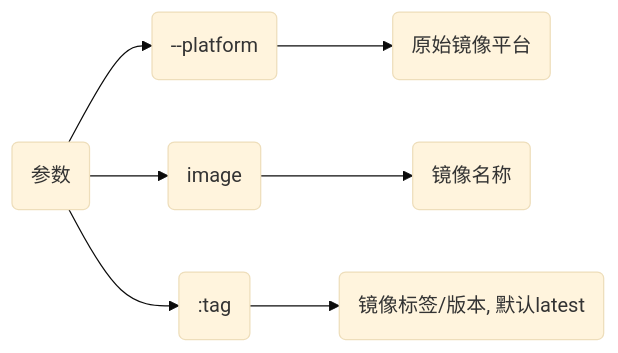
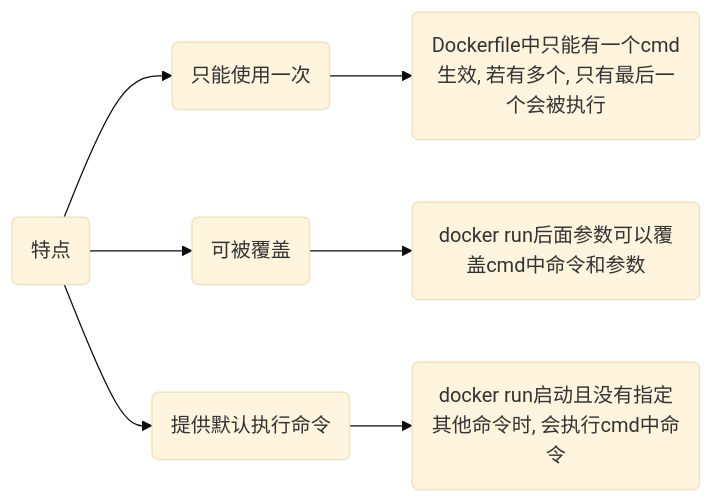
The first of 2 diagrams in _posts/software/docker/2024-11-19-镜像构建.md (dmjcb/dmjcb.github.io), drawn with Mermaid (base theme) before and after one commit. The commit also changed other lines of this file and 11 other files, not shown here.

````diff
--- a/_posts/software/docker/2024-11-19-镜像构建.md
+++ b/_posts/software/docker/2024-11-19-镜像构建.md
@@ -23,7 +177,10 @@
 ```mermaid
 graph LR;
-    P(参数)
-    P-->A("--platform")-->A1(原始镜像平台)
-    P-->B(image)-->B1(镜像名称)
-    P-->C(:tag)-->C1(镜像标签/版本, 默认latest)
+    P(特点)
+    P-->A(只能使用一次)
+        A-->A1(Dockerfile中只能有一个cmd生效, 若有多个, 只有最后一个会被执行)
+    P-->B(可被覆盖)
+        B-->B1(docker run后面参数可以覆盖cmd中命令和参数)
+    P-->C(提供默认执行命令)
+        C-->C1(docker run启动且没有指定其他命令时, 会执行cmd中命令)
 ```
````
